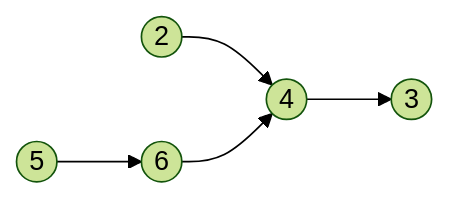
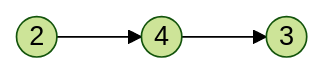
One commit to markusmikely/leetcode-journey changed the first of 3 diagrams in Medium/002-add-two-numbers/problem.md. Above: the diagram before and after it, drawn with Mermaid (forest theme). The commit also changed other lines of this file, not shown here.

````diff
--- a/Medium/002-add-two-numbers/problem.md
+++ b/Medium/002-add-two-numbers/problem.md
@@ -14,5 +14,4 @@
 ```mermaid
 graph LR
     2((2)) --> 4((4)) --> 3((3))
-    5((5)) --> 6((6)) --> 4
 ```
````
